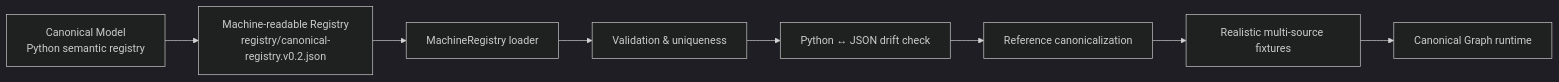
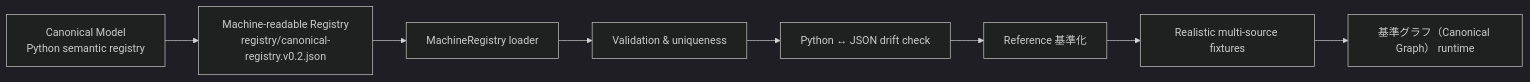
The third of 6 diagrams in README.ja.md (miumigy/scm-ontology), drawn with Mermaid (dark theme) before and after one commit. The commit also changed other lines of this file and 1 other file, not shown here.

Commit message:
docs: improve Japanese terminology for canonical concepts

````diff
--- a/README.ja.md
+++ b/README.ja.md
@@ -138,10 +138,10 @@
 ```mermaid
 flowchart LR
     MODEL[Canonical Model\nPython semantic registry] --> REG[Machine-readable Registry\nregistry/canonical-registry.v0.2.json]
     REG --> LOAD[MachineRegistry loader]
     LOAD --> VALIDATE[Validation & uniqueness]
     VALIDATE --> DRIFT[Python ↔ JSON drift check]
-    DRIFT --> MAP[Reference canonicalization]
+    DRIFT --> MAP[Reference 基準化]
     MAP --> FIX[Realistic multi-source fixtures]
-    FIX --> GRAPH[Canonical Graph runtime]
+    FIX --> GRAPH[基準グラフ（Canonical Graph） runtime]
 ```
````
